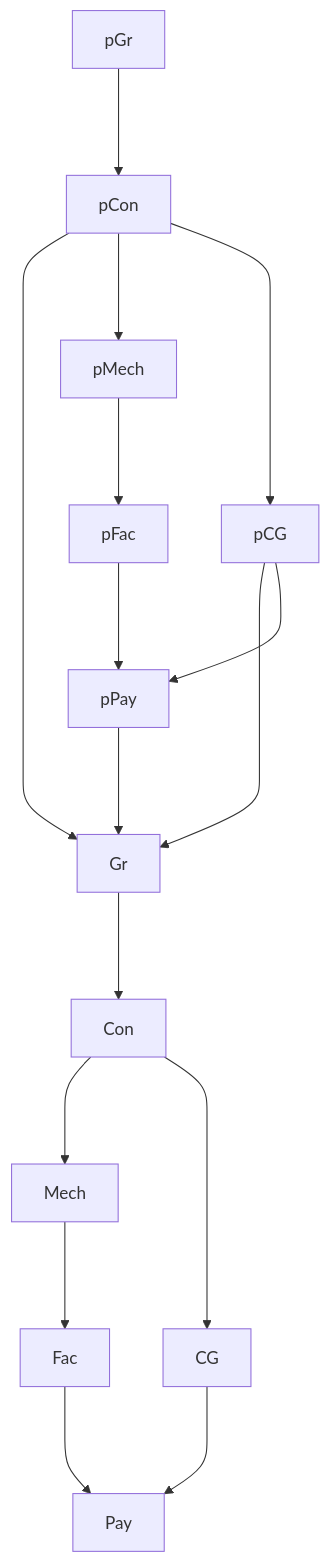
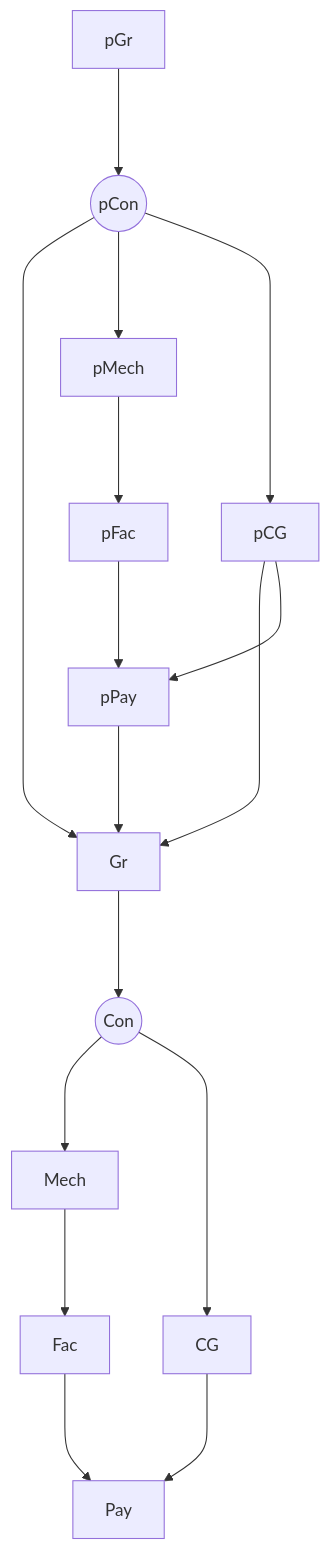
The first of 3 diagrams in reports/stochastic_graph.md (center-for-humans-and-machines/algorithmic-institutions), drawn with Mermaid before and after one commit. The commit also changed other lines of this file and 2 other files, not shown here.

````diff
--- a/reports/stochastic_graph.md
+++ b/reports/stochastic_graph.md
@@ -1,30 +3,30 @@
 ```mermaid
 flowchart TD
 
 pCG ---> Gr
 pCon ---> Gr
 pPay ---> Gr
 
-Gr ---> Con
+Gr ---> Con((Con))
 
 Mech ---> Fac
 Con ---> Mech
 
 Fac ---> Pay
 CG ---> Pay
 
 Con ---> CG
 
 
 
 
-pGr ---> pCon
+pGr ---> pCon((pCon))
 
 pMech ---> pFac
 pCon ---> pMech
 
 pFac ---> pPay
 pCG ---> pPay
 
 pCon ---> pCG
 ```
````
